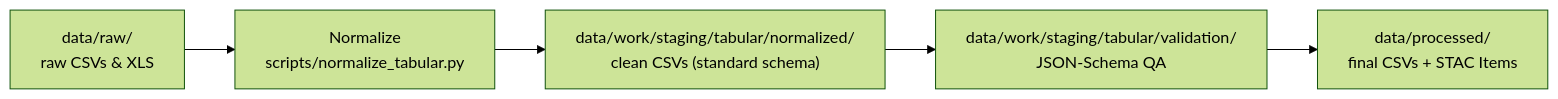
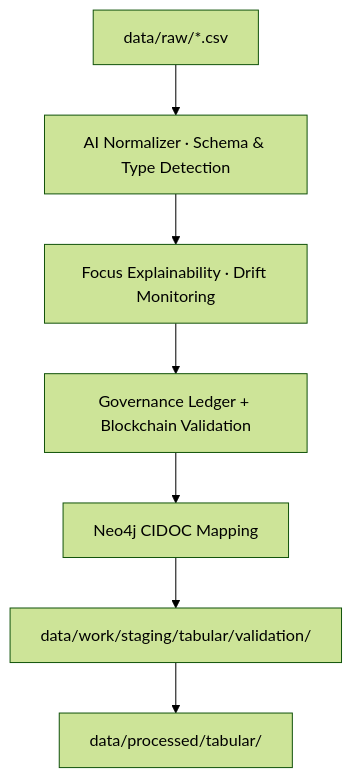
Before and after one commit to bartytime4life/Kansas-Frontier-Matrix: the first of 2 diagrams in data/work/staging/tabular/normalized/README.md, drawn with Mermaid (forest theme). The commit also changed other lines of this file, not shown here.

`````diff
--- a/data/work/staging/tabular/normalized/README.md
+++ b/data/work/staging/tabular/normalized/README.md
@@ -33,8 +77,9 @@
 ```mermaid
-flowchart LR
-  A["data/raw/\nraw CSVs & XLS"] --> B["Normalize\nscripts/normalize_tabular.py"]
-  B --> C["data/work/staging/tabular/normalized/\nclean CSVs (standard schema)"]
-  C --> D["data/work/staging/tabular/validation/\nJSON-Schema QA"]
-  D --> E["data/processed/\nfinal CSVs + STAC Items"]
-%% END OF MERMAID
-````
+flowchart TD
+A[data/raw/*.csv] --> B[AI Normalizer · Schema & Type Detection]
+B --> C[Focus Explainability · Drift Monitoring]
+C --> D[Governance Ledger + Blockchain Validation]
+D --> E[Neo4j CIDOC Mapping]
+E --> F[data/work/staging/tabular/validation/]
+F --> G[data/processed/tabular/]
+```
`````
